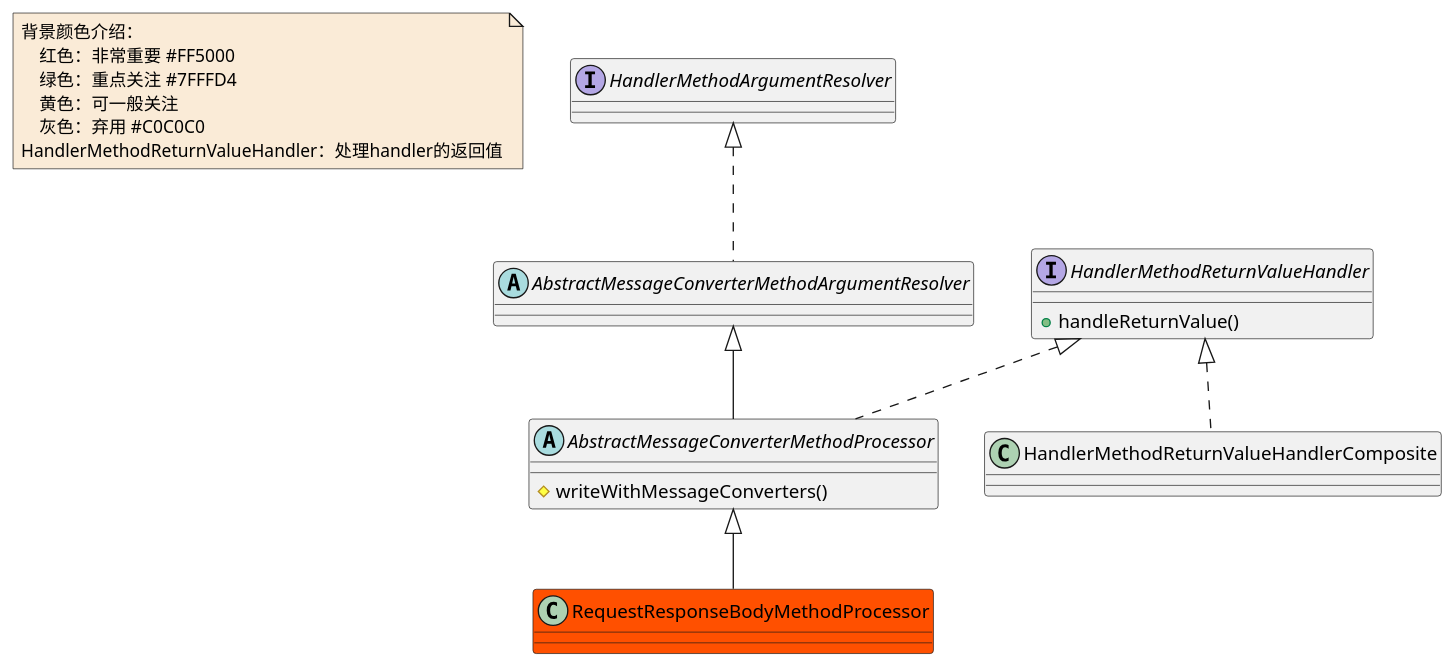
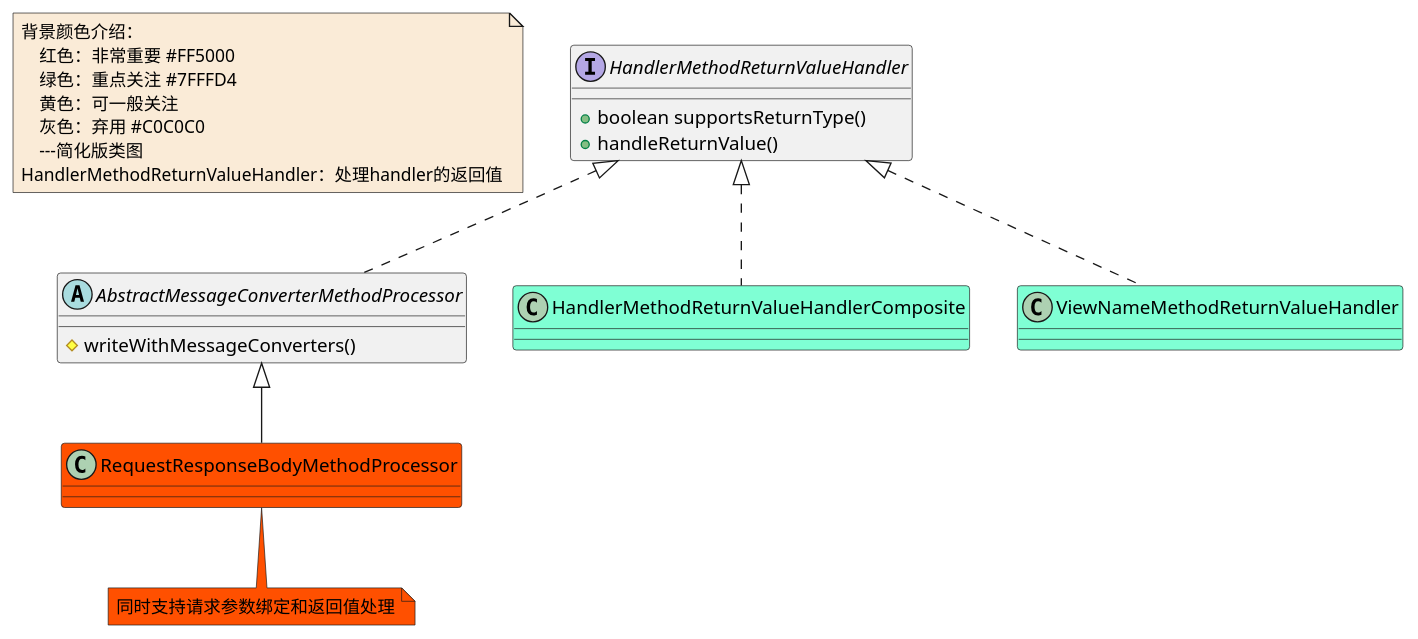
The diagram in document/spring/mvc/class/MVC-HandlerMethodReturnValueHandler-class.puml (czwer/learn-spring-code), drawn with PlantUML before and after one commit. The commit also changed 33 other files, not shown here.

Commit message:
MVC相关时序图，类图修改

```diff
--- a/document/spring/mvc/class/MVC-HandlerMethodReturnValueHandler-class.puml
+++ b/document/spring/mvc/class/MVC-HandlerMethodReturnValueHandler-class.puml
@@ -1,32 +1,33 @@
 @startuml
 
 note  as N1 #FAEBD7
     背景颜色介绍：
         红色：非常重要 #FF5000
         绿色：重点关注 #7FFFD4
         黄色：可一般关注
         灰色：弃用 #C0C0C0
+        ---简化版类图
     HandlerMethodReturnValueHandler：处理handler的返回值
 end note
 
 interface HandlerMethodReturnValueHandler
+HandlerMethodReturnValueHandler : +boolean supportsReturnType()
 HandlerMethodReturnValueHandler : +handleReturnValue()
 abstract class AbstractMessageConverterMethodProcessor
 AbstractMessageConverterMethodProcessor : #writeWithMessageConverters()
-class HandlerMethodReturnValueHandlerComposite
+class HandlerMethodReturnValueHandlerComposite  #7FFFD4
 class RequestResponseBodyMethodProcessor #FF5000
-
-interface HandlerMethodArgumentResolver
-abstract class AbstractMessageConverterMethodArgumentResolver
+note bottom #FF5000 :同时支持请求参数绑定和返回值处理
+class ViewNameMethodReturnValueHandler #7FFFD4
 
 
-AbstractMessageConverterMethodArgumentResolver <|-- AbstractMessageConverterMethodProcessor
+
 
 AbstractMessageConverterMethodProcessor <|-- RequestResponseBodyMethodProcessor
 
-HandlerMethodArgumentResolver <|.. AbstractMessageConverterMethodArgumentResolver
 
 HandlerMethodReturnValueHandler <|.. AbstractMessageConverterMethodProcessor
 HandlerMethodReturnValueHandler <|.. HandlerMethodReturnValueHandlerComposite
+HandlerMethodReturnValueHandler <|.. ViewNameMethodReturnValueHandler
 
 @enduml
```
